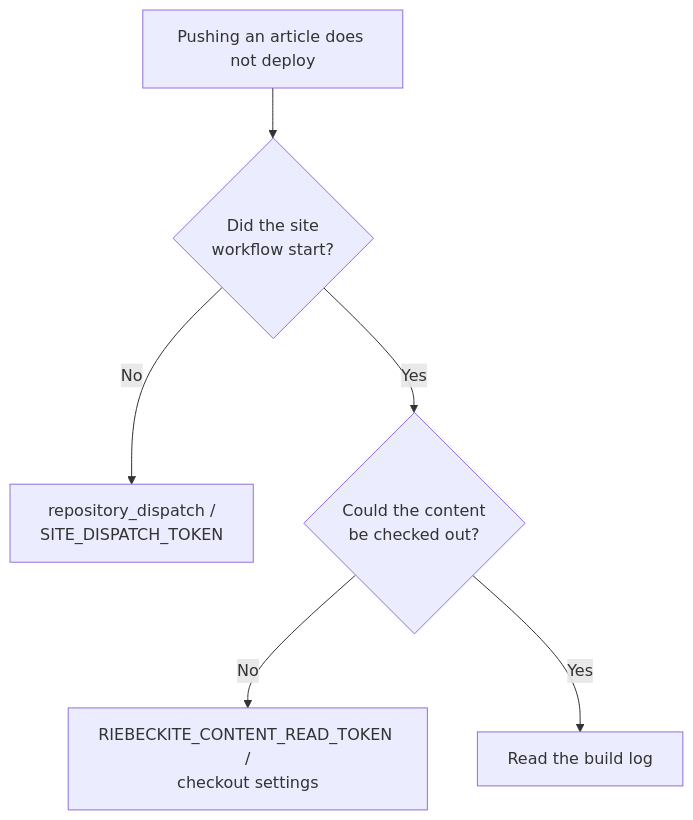
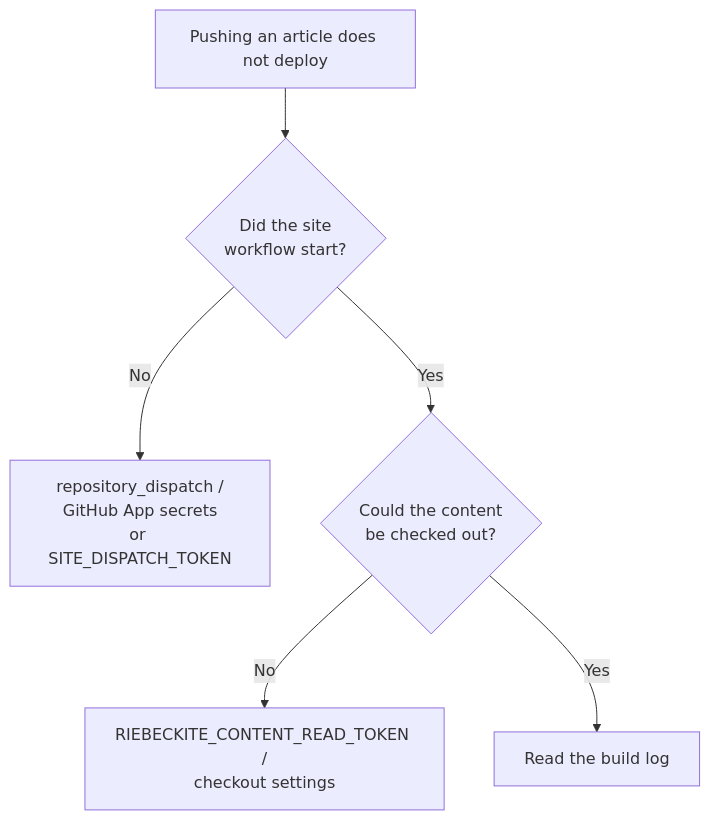
The first of 2 diagrams in docs/docs/guides/deployment/separate-content-repository/troubleshooting.md (Rerurate514/riebeckite), drawn with Mermaid before and after one commit. The commit also changed 62 other files, not shown here.

````diff
--- a/docs/docs/guides/deployment/separate-content-repository/troubleshooting.md
+++ b/docs/docs/guides/deployment/separate-content-repository/troubleshooting.md
@@ -53,12 +53,12 @@
 ```mermaid
 flowchart TD
     Problem["Pushing an article does not deploy"]
 
     Problem --> Running{"Did the site<br/>workflow start?"}
 
-    Running -->|"No"| Dispatch["repository_dispatch /<br/>SITE_DISPATCH_TOKEN"]
+    Running -->|"No"| Dispatch["repository_dispatch /<br/>GitHub App secrets<br/>or SITE_DISPATCH_TOKEN"]
     Running -->|"Yes"| Content{"Could the content<br/>be checked out?"}
 
     Content -->|"No"| Token["RIEBECKITE_CONTENT_READ_TOKEN /<br/>checkout settings"]
     Content -->|"Yes"| Build["Read the build log"]
 ```
````
